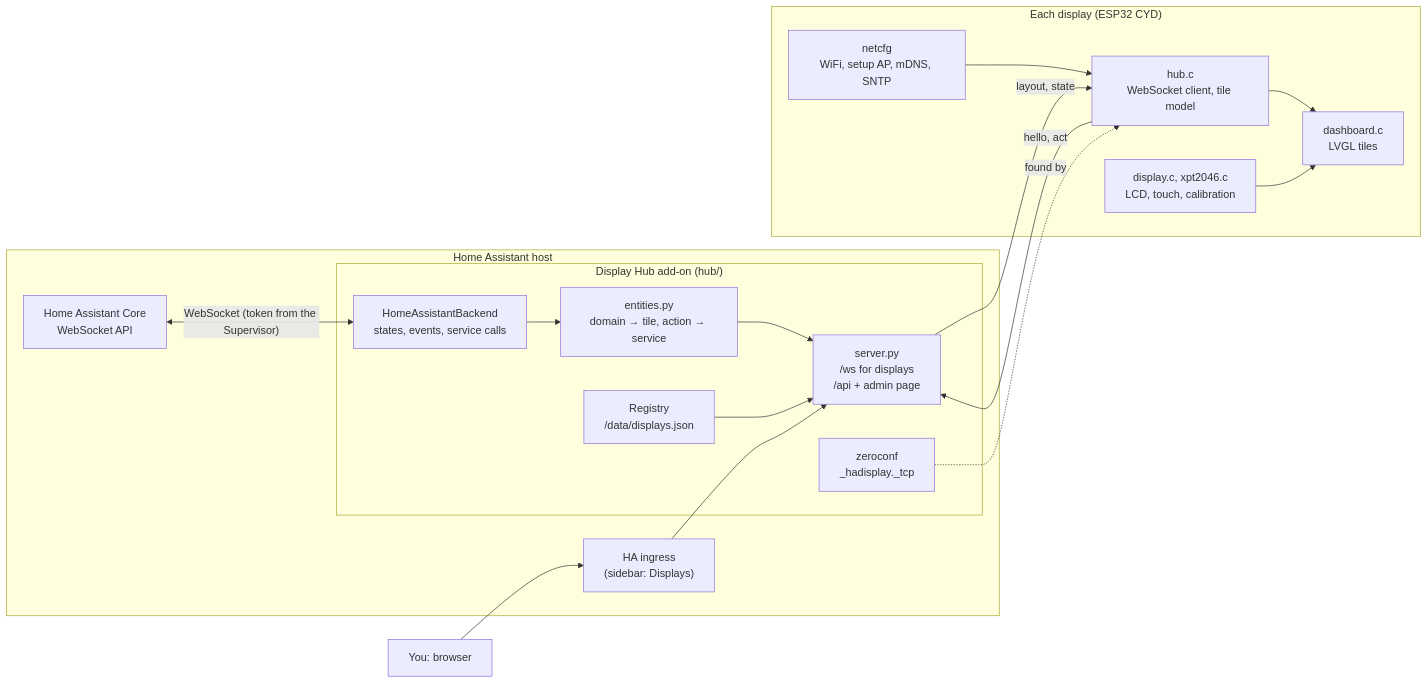
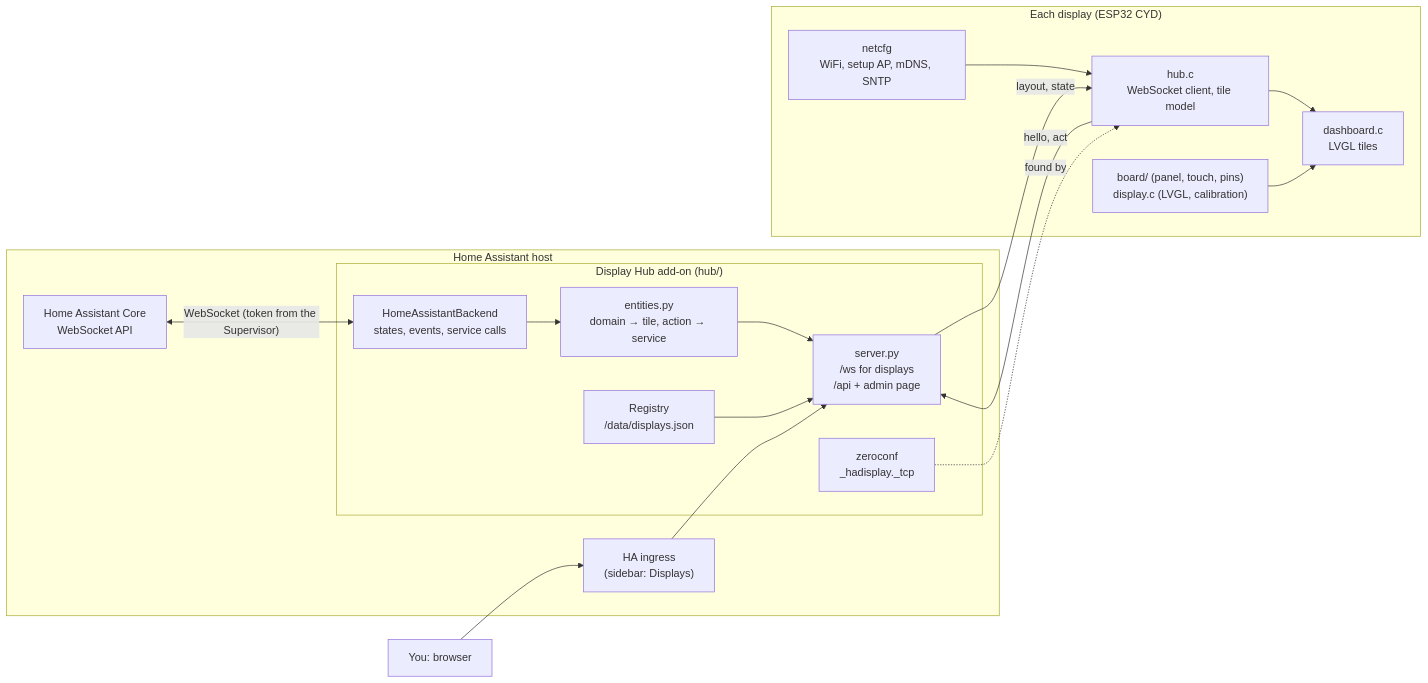
One commit to geekychris/HomeAutomationDisplay changed the first of 6 diagrams in docs/architecture.md. Above: the diagram before and after it, drawn with Mermaid. The commit also changed 35 other files, not shown here.

````diff
--- a/docs/architecture.md
+++ b/docs/architecture.md
@@ -30,32 +30,32 @@
 ```mermaid
 flowchart LR
     subgraph HA["Home Assistant host"]
         core["Home Assistant Core<br/>WebSocket API"]
         subgraph addon["Display Hub add-on (hub/)"]
             backend["HomeAssistantBackend<br/>states, events, service calls"]
             entities["entities.py<br/>domain → tile, action → service"]
             registry["Registry<br/>/data/displays.json"]
             server["server.py<br/>/ws for displays<br/>/api + admin page"]
             mdns["zeroconf<br/>_hadisplay._tcp"]
         end
         ingress["HA ingress<br/>(sidebar: Displays)"]
     end
     subgraph D["Each display (ESP32 CYD)"]
         netcfg["netcfg<br/>WiFi, setup AP, mDNS, SNTP"]
         hub_c["hub.c<br/>WebSocket client, tile model"]
         dash["dashboard.c<br/>LVGL tiles"]
-        touch["display.c, xpt2046.c<br/>LCD, touch, calibration"]
+        touch["board/ (panel, touch, pins)<br/>display.c (LVGL, calibration)"]
     end
     browser["You: browser"]
 
     core <-- "WebSocket (token from the Supervisor)" --> backend
     backend --> entities --> server
     registry --> server
     server -- "layout, state" --> hub_c
     hub_c -- "hello, act" --> server
     mdns -. "found by" .-> hub_c
     hub_c --> dash
     touch --> dash
     netcfg --> hub_c
     browser --> ingress --> server
 ```
````
